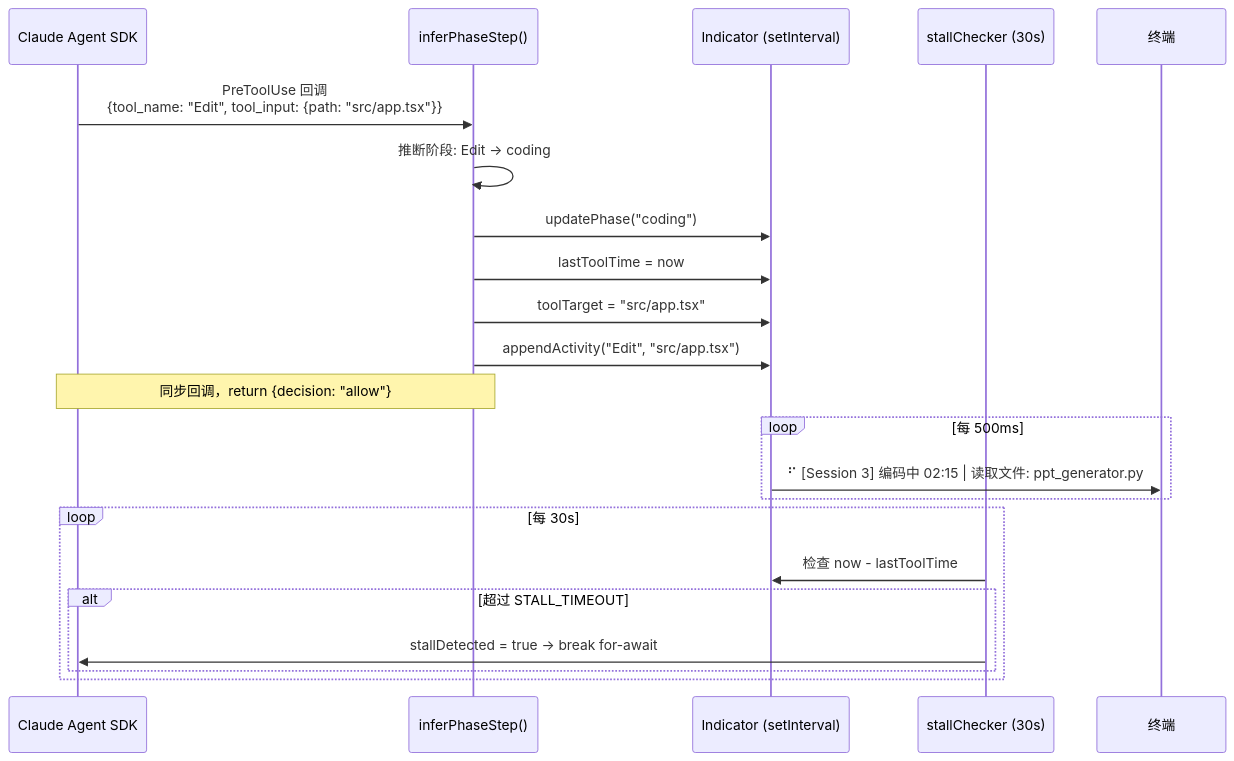
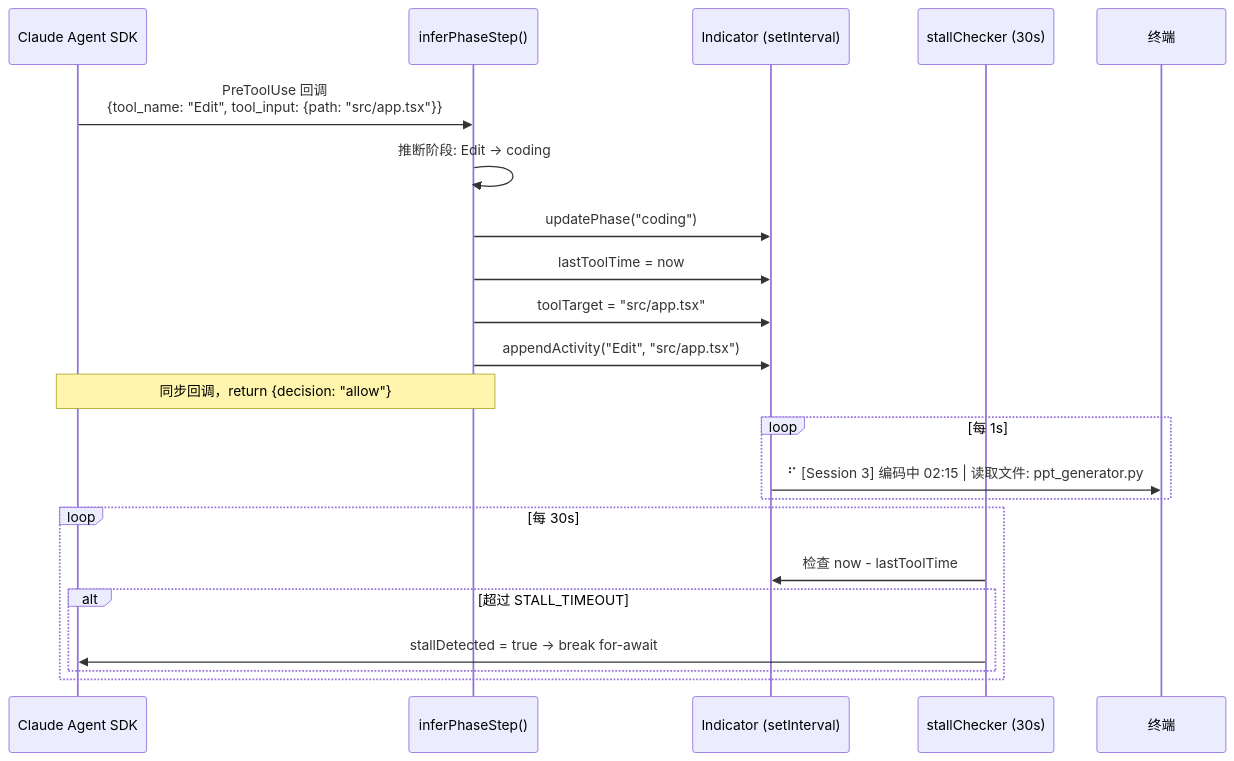
The fourth of 5 diagrams in docs/ARCHITECTURE.md (lk19940215/auto-coder), drawn with Mermaid before and after one commit. The commit also changed other lines of this file and 9 other files, not shown here.

````diff
--- a/docs/ARCHITECTURE.md
+++ b/docs/ARCHITECTURE.md
@@ -337,28 +353,28 @@
 ```mermaid
 sequenceDiagram
     participant SDK as Claude Agent SDK
     participant Hook as inferPhaseStep()
     participant Ind as Indicator (setInterval)
     participant Stall as stallChecker (30s)
     participant Term as 终端
 
     SDK->>Hook: PreToolUse 回调<br/>{tool_name: "Edit", tool_input: {path: "src/app.tsx"}}
     Hook->>Hook: 推断阶段: Edit → coding
     Hook->>Ind: updatePhase("coding")
     Hook->>Ind: lastToolTime = now
     Hook->>Ind: toolTarget = "src/app.tsx"
     Hook->>Ind: appendActivity("Edit", "src/app.tsx")
 
     Note over SDK,Hook: 同步回调，return {decision: "allow"}
 
-    loop 每 500ms
+    loop 每 1s
         Ind->>Term: ⠋ [Session 3] 编码中 02:15 | 读取文件: ppt_generator.py
     end
 
     loop 每 30s
         Stall->>Ind: 检查 now - lastToolTime
         alt 超过 STALL_TIMEOUT
             Stall->>SDK: stallDetected = true → break for-await
         end
     end
 ```
````
